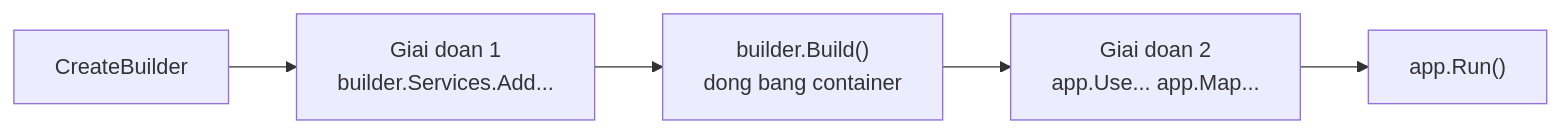
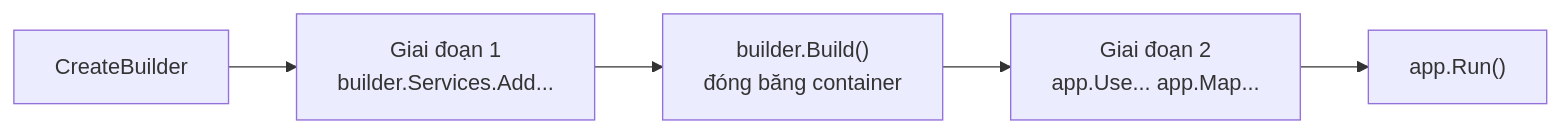
Before and after one commit to TienNHM/tiennhm.github.io: the diagram in docs/09-dotnet-backend-zero-to-senior/stage-02-csharp-professional/module-07-dependency-injection/7.6-program-cs-and-webapplicationbuilder.mdx, drawn with Mermaid. The commit also changed other lines of this file and 11 other files, not shown here.

````diff
--- a/docs/09-dotnet-backend-zero-to-senior/stage-02-csharp-professional/module-07-dependency-injection/7.6-program-cs-and-webapplicationbuilder.mdx
+++ b/docs/09-dotnet-backend-zero-to-senior/stage-02-csharp-professional/module-07-dependency-injection/7.6-program-cs-and-webapplicationbuilder.mdx
@@ -51,7 +51,7 @@
 ```mermaid
 flowchart LR
-    A[CreateBuilder] --> B["Giai doan 1<br/>builder.Services.Add..."]
-    B --> C["builder.Build()<br/>dong bang container"]
-    C --> D["Giai doan 2<br/>app.Use... app.Map..."]
+    A[CreateBuilder] --> B["Giai đoạn 1<br/>builder.Services.Add..."]
+    B --> C["builder.Build()<br/>đóng băng container"]
+    C --> D["Giai đoạn 2<br/>app.Use... app.Map..."]
     D --> E["app.Run()"]
 ```
````
